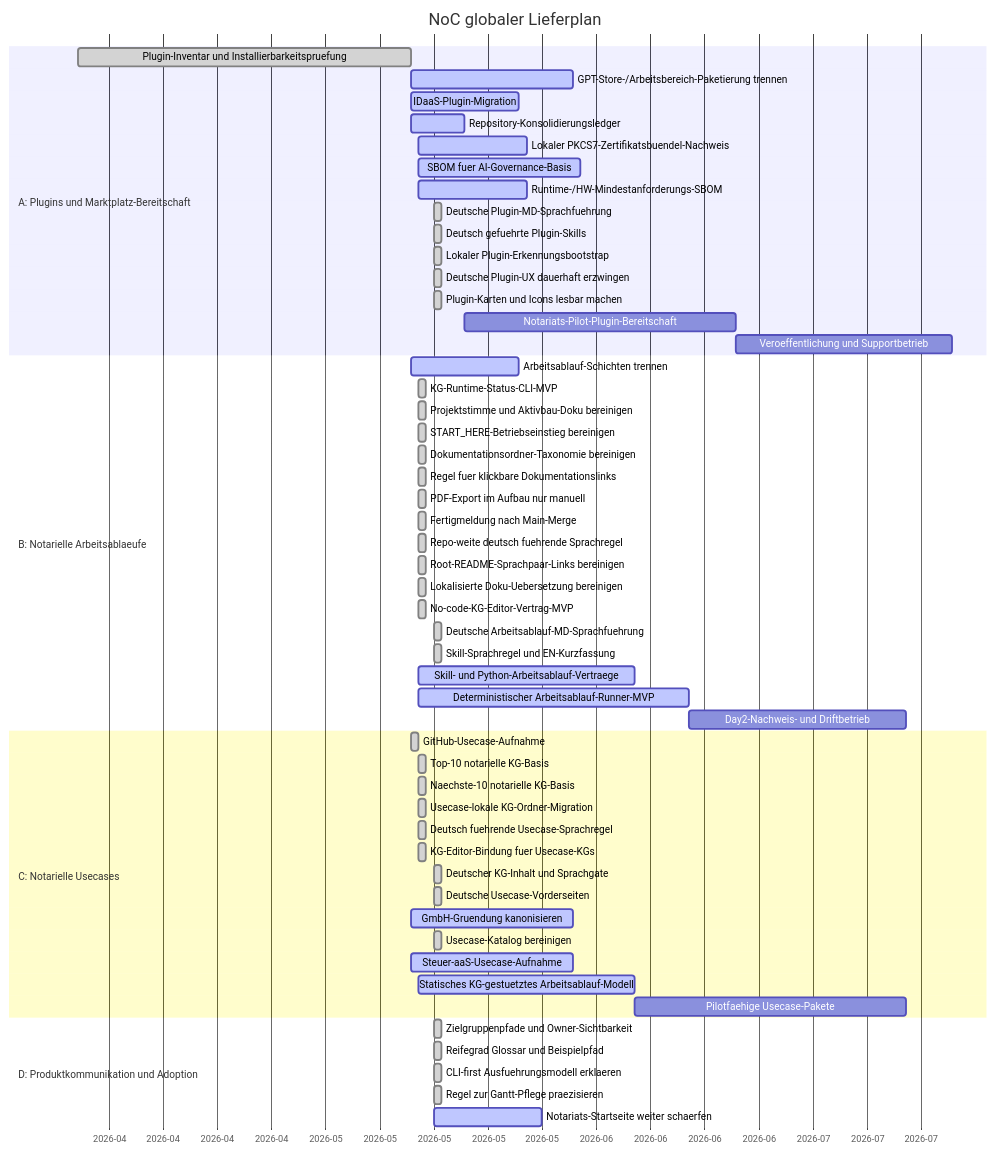
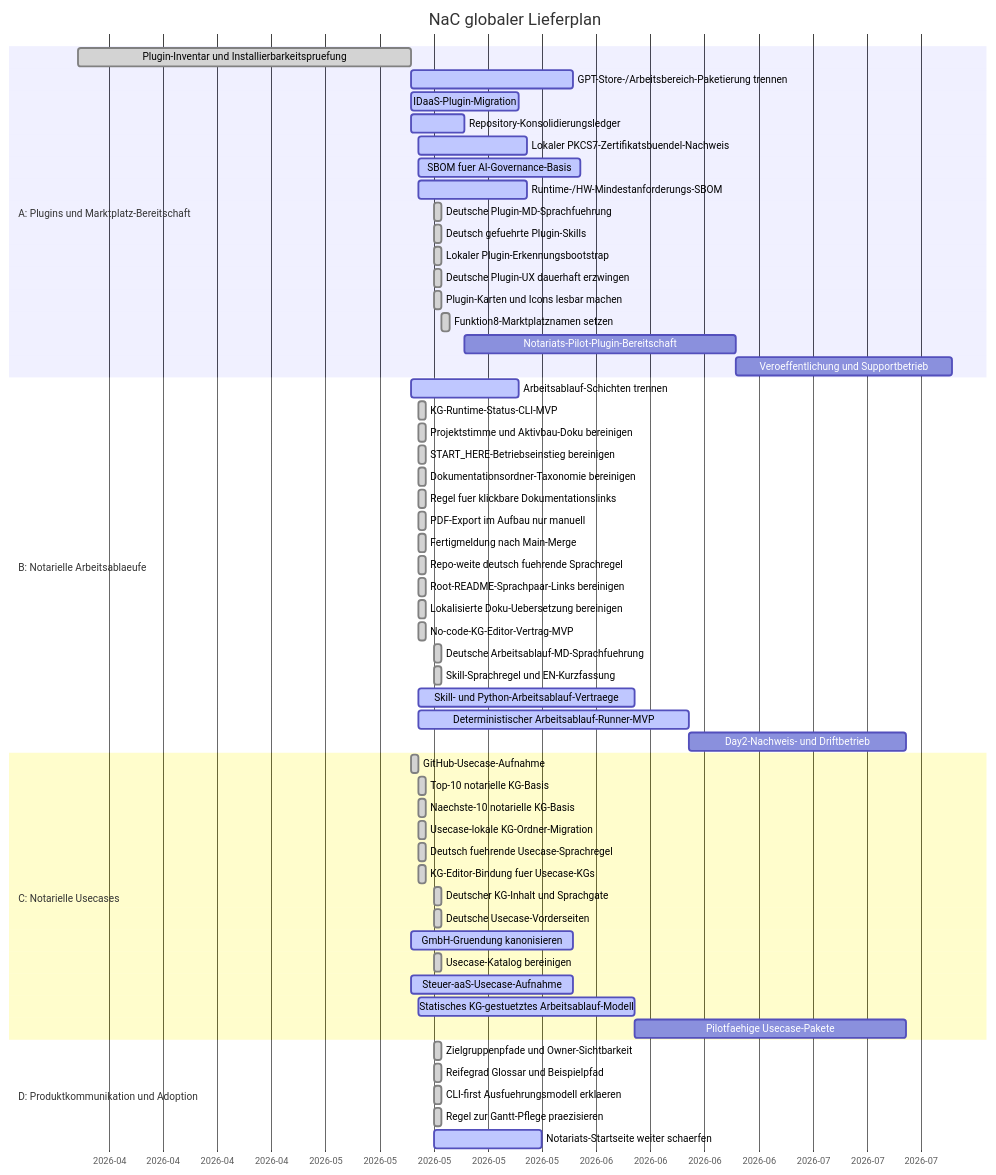
The diagram in roadmap/GANTT.md (notariat8/NaC), drawn with Mermaid before and after one commit. The commit also changed other lines of this file and 333 other files, not shown here.

````diff
--- a/roadmap/GANTT.md
+++ b/roadmap/GANTT.md
@@ -14,63 +14,64 @@
 ```mermaid
 gantt
-    title NoC globaler Lieferplan
+    title NaC globaler Lieferplan
     dateFormat  YYYY-MM-DD
     axisFormat  %Y-%m
 
     section A: Plugins und Marktplatz-Bereitschaft
     Plugin-Inventar und Installierbarkeitspruefung :done, a1, 2026-04-01, 2026-05-14
     GPT-Store-/Arbeitsbereich-Paketierung trennen :active, a2, 2026-05-14, 21d
     IDaaS-Plugin-Migration                       :active,  a3, 2026-05-14, 14d
     Repository-Konsolidierungsledger             :active,  a4, 2026-05-14, 7d
     Lokaler PKCS7-Zertifikatsbuendel-Nachweis    :active,  a4a, 2026-05-15, 14d
     SBOM fuer AI-Governance-Basis                :active,  a4b, 2026-05-15, 21d
     Runtime-/HW-Mindestanforderungs-SBOM         :active,  a4c, 2026-05-15, 14d
     Deutsche Plugin-MD-Sprachfuehrung            :done,    a4d, 2026-05-17, 1d
     Deutsch gefuehrte Plugin-Skills              :done,    a4e, 2026-05-17, 1d
     Lokaler Plugin-Erkennungsbootstrap           :done,    a4f, 2026-05-17, 1d
     Deutsche Plugin-UX dauerhaft erzwingen       :done,    a4g, 2026-05-17, 1d
     Plugin-Karten und Icons lesbar machen        :done,    a4h, 2026-05-17, 1d
+    Funktion8-Marktplatznamen setzen             :done,    a4i, 2026-05-18, 1d
     Notariats-Pilot-Plugin-Bereitschaft          :         a5, after a4, 35d
     Veroeffentlichung und Supportbetrieb         :         a6, after a5, 28d
 
     section B: Notarielle Arbeitsablaeufe
     Arbeitsablauf-Schichten trennen              :active,  b1, 2026-05-14, 14d
     KG-Runtime-Status-CLI-MVP                    :done,    b1a, 2026-05-15, 1d
     Projektstimme und Aktivbau-Doku bereinigen   :done,    b1b, 2026-05-15, 1d
     START_HERE-Betriebseinstieg bereinigen       :done,    b1c, 2026-05-15, 1d
     Dokumentationsordner-Taxonomie bereinigen    :done,    b1d, 2026-05-15, 1d
     Regel fuer klickbare Dokumentationslinks     :done,    b1e, 2026-05-15, 1d
     PDF-Export im Aufbau nur manuell             :done,    b1f, 2026-05-15, 1d
     Fertigmeldung nach Main-Merge                :done,    b1g, 2026-05-15, 1d
     Repo-weite deutsch fuehrende Sprachregel     :done,    b1h, 2026-05-15, 1d
     Root-README-Sprachpaar-Links bereinigen      :done,    b1i, 2026-05-15, 1d
     Lokalisierte Doku-Uebersetzung bereinigen    :done,    b1j, 2026-05-15, 1d
     No-code-KG-Editor-Vertrag-MVP                :done,    b1k, 2026-05-15, 1d
     Deutsche Arbeitsablauf-MD-Sprachfuehrung     :done,    b1l, 2026-05-17, 1d
     Skill-Sprachregel und EN-Kurzfassung         :done,    b1m, 2026-05-17, 1d
     Skill- und Python-Arbeitsablauf-Vertraege    :active,  b2, 2026-05-15, 28d
     Deterministischer Arbeitsablauf-Runner-MVP   :active,  b3, 2026-05-15, 35d
     Day2-Nachweis- und Driftbetrieb              :         b4, after b3, 28d
 
     section C: Notarielle Usecases
     GitHub-Usecase-Aufnahme                      :done,    c1, 2026-05-14, 1d
     Top-10 notarielle KG-Basis                   :done,    c2, 2026-05-15, 1d
     Naechste-10 notarielle KG-Basis              :done,    c3, 2026-05-15, 1d
     Usecase-lokale KG-Ordner-Migration           :done,    c3a, 2026-05-15, 1d
     Deutsch fuehrende Usecase-Sprachregel        :done,    c3b, 2026-05-15, 1d
     KG-Editor-Bindung fuer Usecase-KGs           :done,    c3c, 2026-05-15, 1d
     Deutscher KG-Inhalt und Sprachgate           :done,    c3d, 2026-05-17, 1d
     Deutsche Usecase-Vorderseiten                :done,    c3e, 2026-05-17, 1d
     GmbH-Gruendung kanonisieren                  :active,  c4, 2026-05-14, 21d
     Usecase-Katalog bereinigen                 :done,    c5, 2026-05-17, 1d
     Steuer-aaS-Usecase-Aufnahme                  :active,  c6, 2026-05-14, 21d
     Statisches KG-gestuetztes Arbeitsablauf-Modell :active, c7, 2026-05-15, 28d
     Pilotfaehige Usecase-Pakete                  :         c8, after c7, 35d
 
     section D: Produktkommunikation und Adoption
     Zielgruppenpfade und Owner-Sichtbarkeit      :done,    d1, 2026-05-17, 1d
     Reifegrad Glossar und Beispielpfad           :done,    d1a, 2026-05-17, 1d
     CLI-first Ausfuehrungsmodell erklaeren       :done,    d1b, 2026-05-17, 1d
     Regel zur Gantt-Pflege praezisieren         :done,    d1c, 2026-05-17, 1d
     Notariats-Startseite weiter schaerfen        :active,  d2, 2026-05-17, 14d
 ```
````
